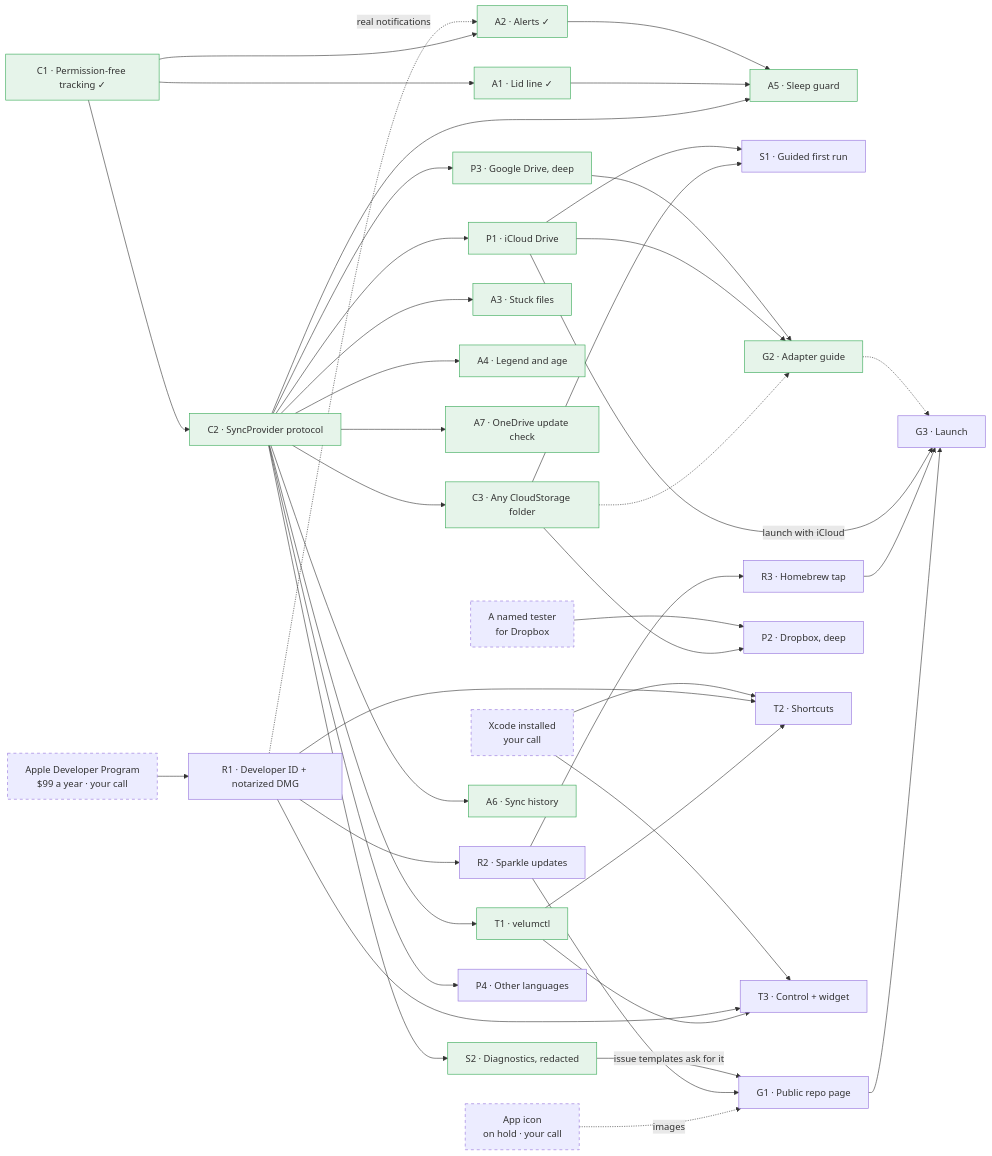
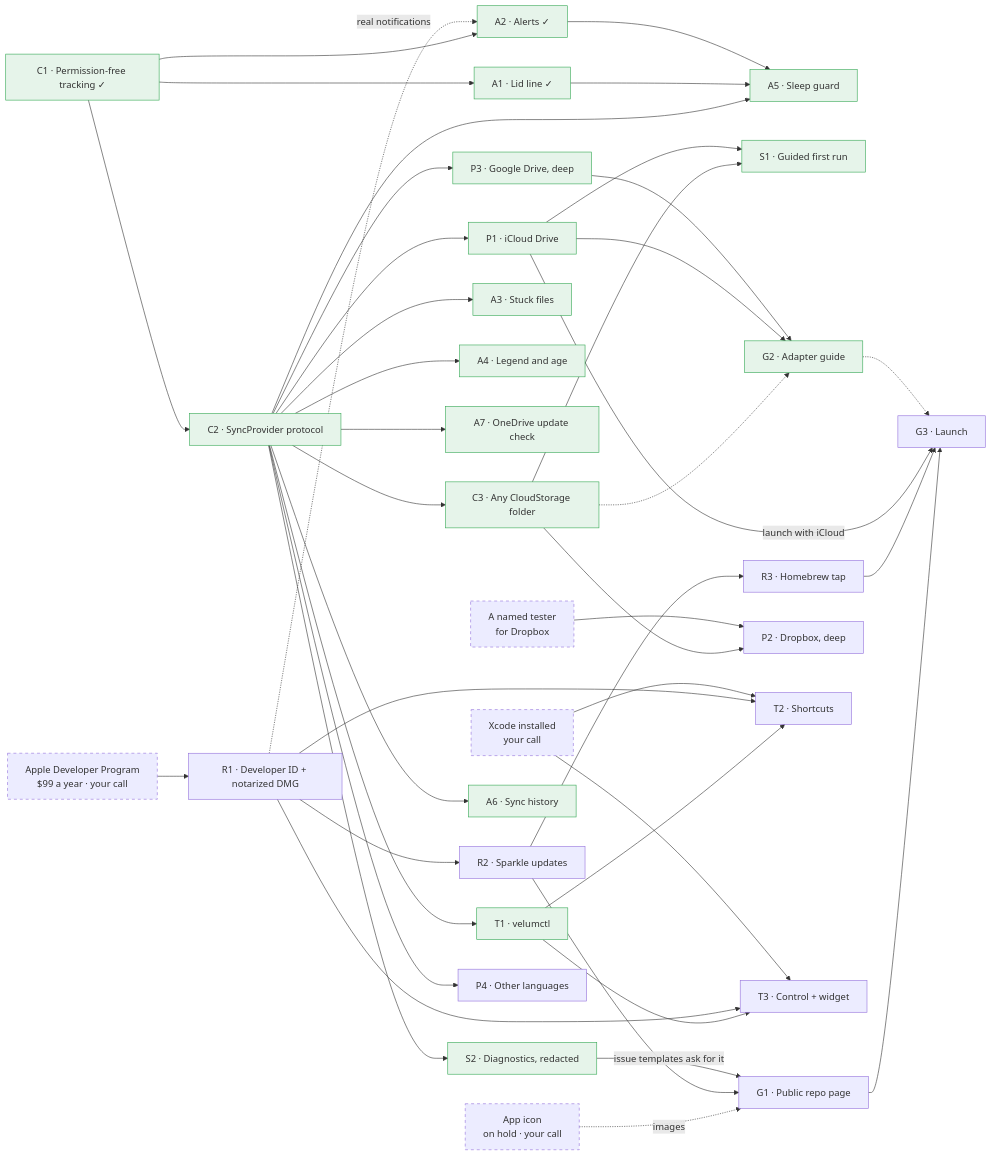
One commit to nafatyuk/velum changed the diagram in docs/plans/roadmap/README.md. Above: the diagram before and after it, drawn with Mermaid. The commit also changed other lines of this file, not shown here.

Commit message:
Roadmap: S1 merged

````diff
--- a/docs/plans/roadmap/README.md
+++ b/docs/plans/roadmap/README.md
@@ -231,6 +231,6 @@
 
   classDef done fill:#e6f4ea,stroke:#34a853
   classDef gate stroke-dasharray: 5 5
-  class C1,A1,A2,C2,P1,P3,A3,A4,A7,G2,T1,A5,S2,A6,C3 done
+  class C1,A1,A2,C2,P1,P3,A3,A4,A7,G2,T1,A5,S2,A6,C3,S1 done
   class ICON,ENROL,TESTER,XCODE gate
 ```
````
